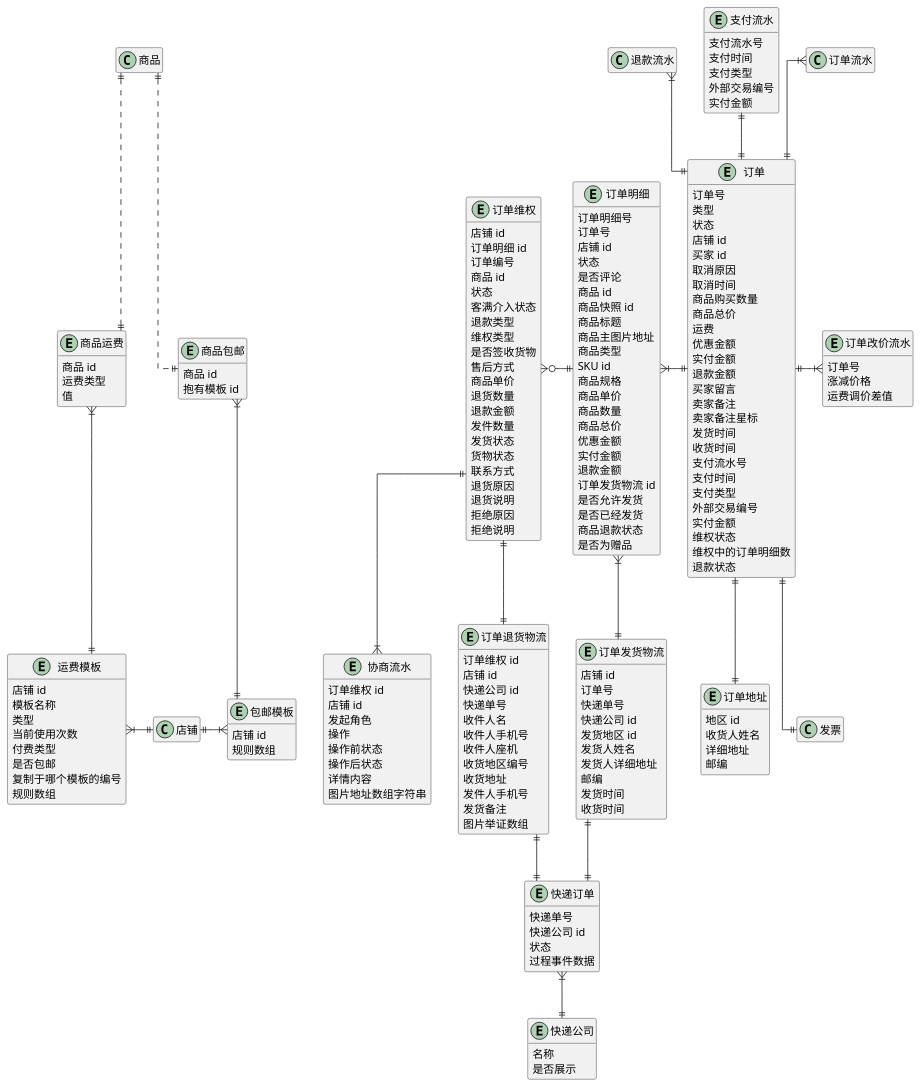
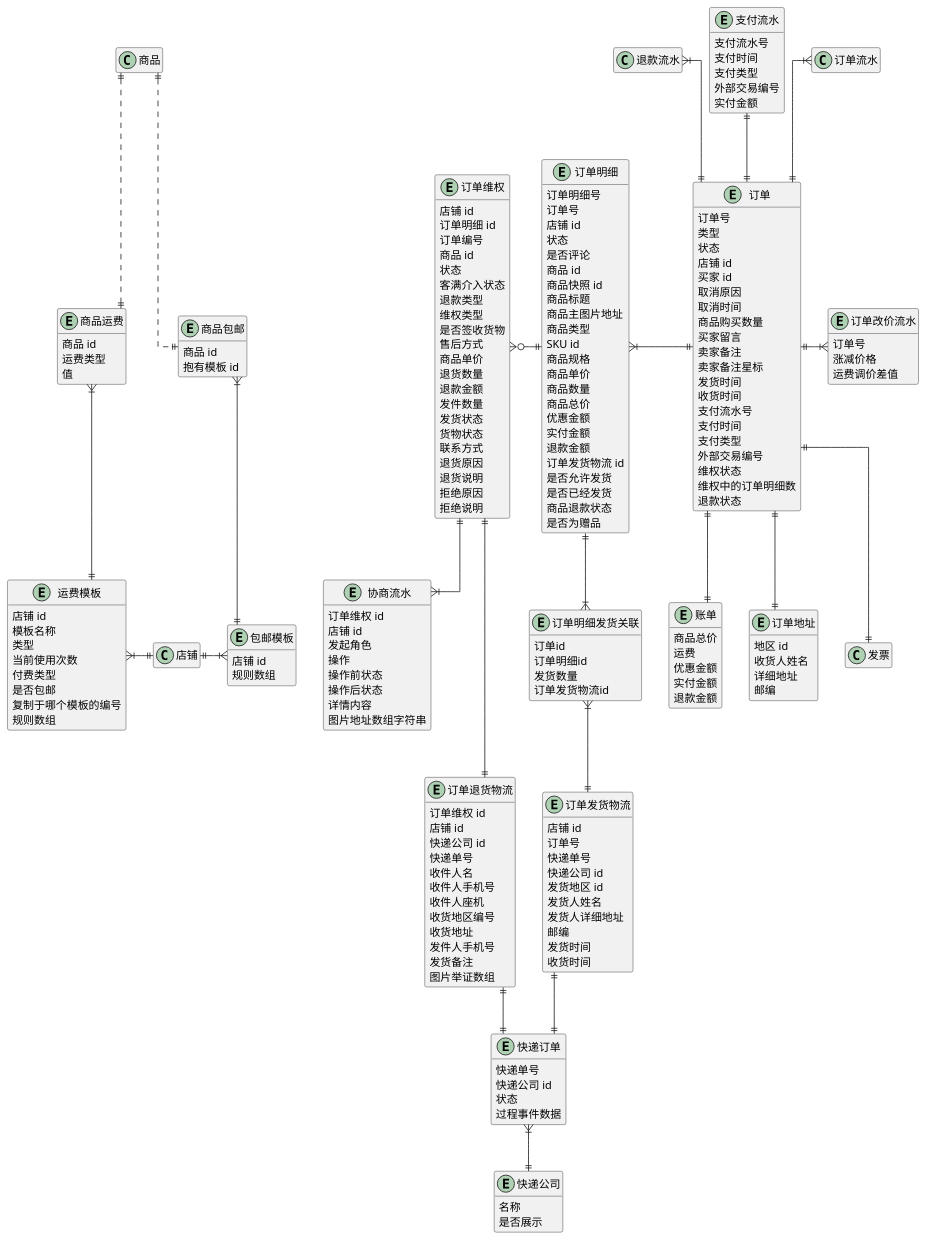
Before and after one commit to awesomecat2020/mock-mall: the diagram in doc/订单.puml, drawn with PlantUML.

```diff
--- a/doc/订单.puml
+++ b/doc/订单.puml
@@ -23,15 +23,6 @@
     取消时间
     ' 明细数量之和
     商品购买数量
-    ' 明细求和
-    商品总价
-    ' 明细运费价格求和
-    运费
-    ' 优惠券
-    优惠金额
-    ' 商品总价 + 运费 - 优惠金额 + 涨价或减价
-    实付金额
-    退款金额
     买家留言
     卖家备注
     卖家备注星标
@@ -44,7 +35,6 @@
     支付时间
     支付类型
     外部交易编号
-    实付金额
     ' 0 无维权
     ' 1 顾客发起维权
     ' 2 顾客拒绝商家的处理结果
@@ -62,6 +52,17 @@
     ' 12 - FULL_REFUNDED（已全额退款）
     ' 13 - FULL_REFUND_FAILED（全额退款失败）
     退款状态
+}
+entity 账单 {
+    ' 明细求和
+    商品总价
+    ' 明细运费价格求和
+    运费
+    ' 优惠券
+    优惠金额
+    ' 商品总价 + 运费 - 优惠金额 + 涨价或减价
+    实付金额
+    退款金额
 }
 entity 订单明细 {
     订单明细号
@@ -134,6 +135,7 @@
     实付金额
 }
 
+订单 ||--|| 账单
 订单 ||-l-|{ 订单明细
 订单 ||-u-|{ 订单流水
 订单 ||--|| 发票
@@ -156,6 +158,12 @@
     发货时间
     收货时间
 }
+entity 订单明细发货关联 {
+    订单id
+    订单明细id
+    发货数量
+    订单发货物流id
+}
 entity 快递订单 {
     ' 定时任务同步快递信息
     快递单号
@@ -176,7 +184,8 @@
     是否展示
 }
 
-订单明细 }|--|| 订单发货物流
+订单明细 ||--|{ 订单明细发货关联
+订单明细发货关联 }|--|| 订单发货物流
 订单发货物流 ||--|| 快递订单
 快递订单 }|--|| 快递公司
 
```
